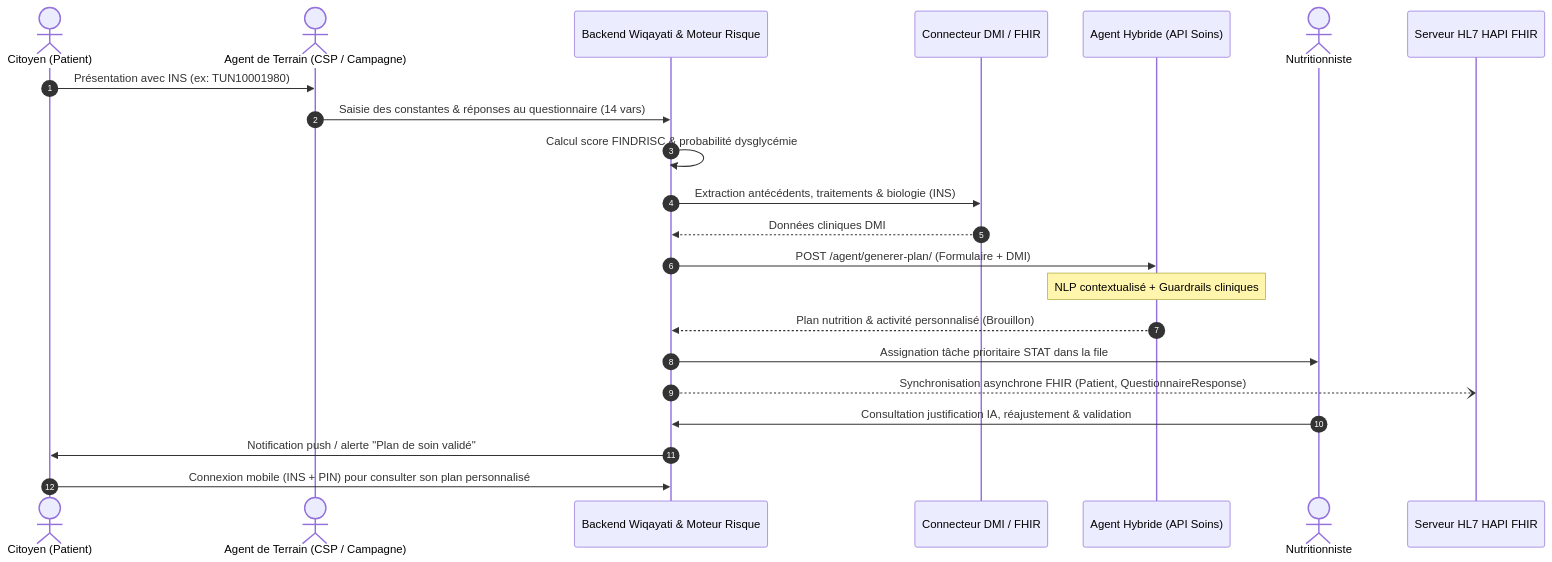
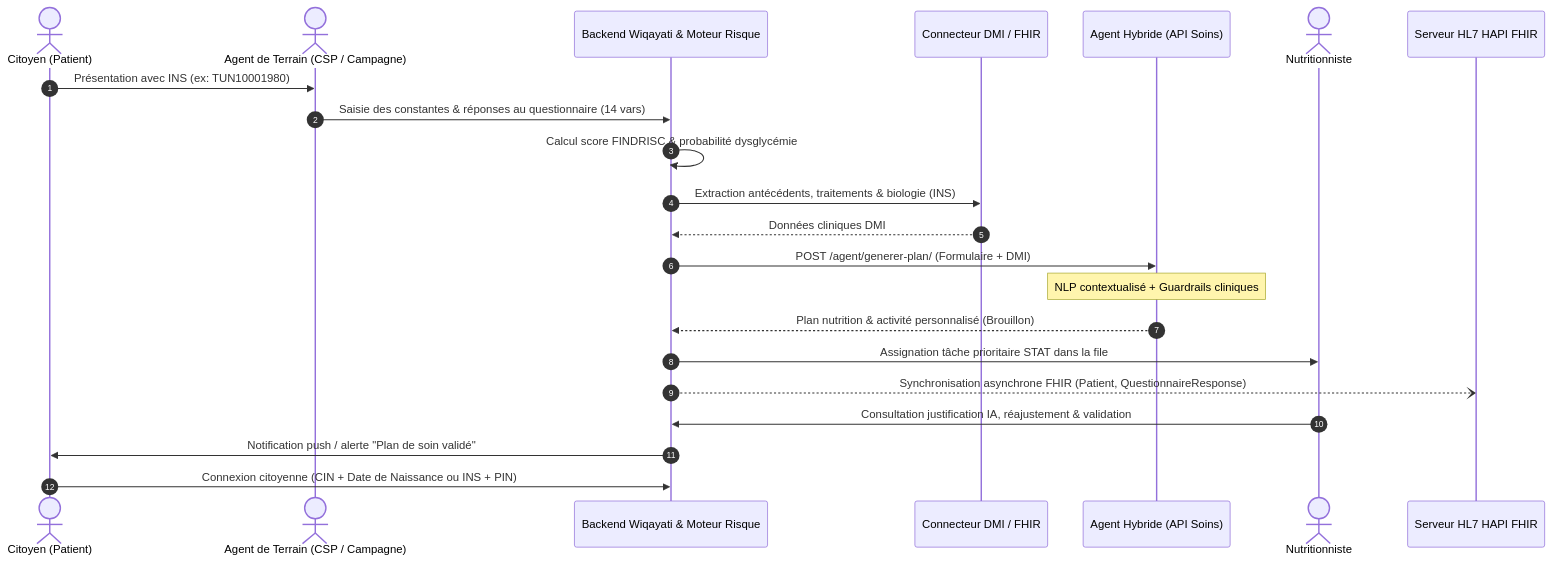
Before and after one commit to amira-nasfi/wiqayati: the diagram in README.md, drawn with Mermaid. The commit also changed other lines of this file and 27 other files, not shown here.

````diff
--- a/README.md
+++ b/README.md
@@ -232,25 +252,25 @@
 ```mermaid
 sequenceDiagram
     autonumber
     actor C as Citoyen (Patient)
     actor A as Agent de Terrain (CSP / Campagne)
     participant B as Backend Wiqayati & Moteur Risque
     participant DMI as Connecteur DMI / FHIR
     participant H as Agent Hybride (API Soins)
     actor N as Nutritionniste
     participant F as Serveur HL7 HAPI FHIR
 
     C->>A: Présentation avec INS (ex: TUN10001980)
     A->>B: Saisie des constantes & réponses au questionnaire (14 vars)
     B->>B: Calcul score FINDRISC & probabilité dysglycémie
     B->>DMI: Extraction antécédents, traitements & biologie (INS)
     DMI-->>B: Données cliniques DMI
     B->>H: POST /agent/generer-plan/ (Formulaire + DMI)
     Note over H: NLP contextualisé + Guardrails cliniques
     H-->>B: Plan nutrition & activité personnalisé (Brouillon)
     B->>N: Assignation tâche prioritaire STAT dans la file
     B--)F: Synchronisation asynchrone FHIR (Patient, QuestionnaireResponse)
     N->>B: Consultation justification IA, réajustement & validation
     B->>C: Notification push / alerte "Plan de soin validé"
-    C->>B: Connexion mobile (INS + PIN) pour consulter son plan personnalisé
+    C->>B: Connexion citoyenne (CIN + Date de Naissance ou INS + PIN)
 ```
````
